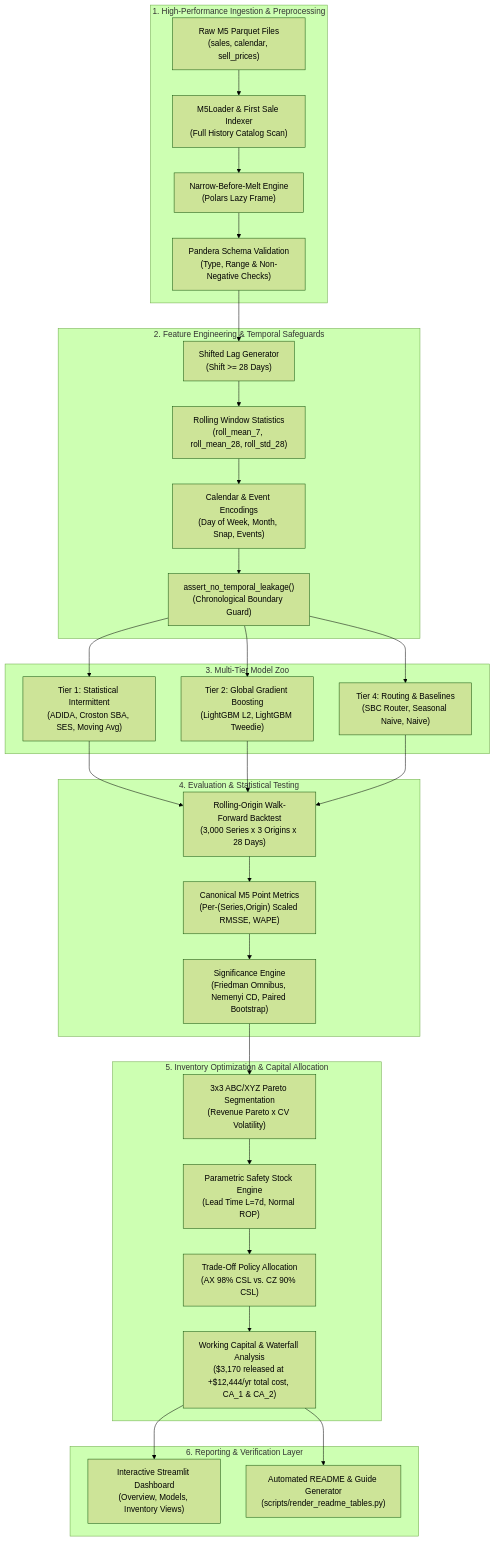
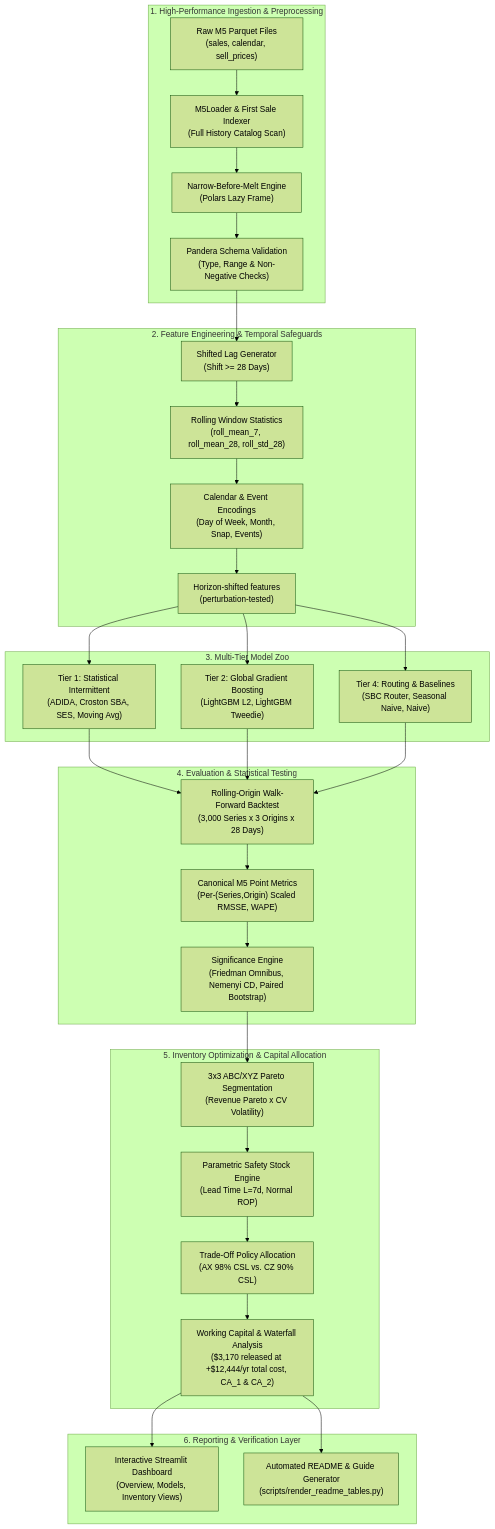
The diagram in docs/guide/02_ARCHITECTURE.md (Jenish1706/Hierarchical_Retail_Demand_Forecasting), drawn with Mermaid (forest theme) before and after one commit. The commit also changed other lines of this file and 18 other files, not shown here.

````diff
--- a/docs/guide/02_ARCHITECTURE.md
+++ b/docs/guide/02_ARCHITECTURE.md
@@ -9,39 +9,39 @@
 ```mermaid
 flowchart TD
     subgraph INGESTION["1. High-Performance Ingestion & Preprocessing"]
         RAW["Raw M5 Parquet Files<br/>(sales, calendar, sell_prices)"] --> LOADER["M5Loader & First Sale Indexer<br/>(Full History Catalog Scan)"]
         LOADER --> MELT["Narrow-Before-Melt Engine<br/>(Polars Lazy Frame)"]
         MELT --> SCHEMA["Pandera Schema Validation<br/>(Type, Range & Non-Negative Checks)"]
     end
 
     subgraph FEATURES["2. Feature Engineering & Temporal Safeguards"]
         SCHEMA --> LAGS["Shifted Lag Generator<br/>(Shift >= 28 Days)"]
         LAGS --> ROLLING["Rolling Window Statistics<br/>(roll_mean_7, roll_mean_28, roll_std_28)"]
         ROLLING --> CAL["Calendar & Event Encodings<br/>(Day of Week, Month, Snap, Events)"]
-        CAL --> LEAK_CHECK["assert_no_temporal_leakage()<br/>(Chronological Boundary Guard)"]
+        CAL --> LEAK_CHECK["Horizon-shifted features<br/>(perturbation-tested)"]
     end
 
     subgraph FORECASTING["3. Multi-Tier Model Zoo"]
         LEAK_CHECK --> T1["Tier 1: Statistical Intermittent<br/>(ADIDA, Croston SBA, SES, Moving Avg)"]
         LEAK_CHECK --> T2["Tier 2: Global Gradient Boosting<br/>(LightGBM L2, LightGBM Tweedie)"]
         LEAK_CHECK --> T4["Tier 4: Routing & Baselines<br/>(SBC Router, Seasonal Naive, Naive)"]
     end
 
     subgraph BACKTEST["4. Evaluation & Statistical Testing"]
         T1 & T2 & T4 --> WF["Rolling-Origin Walk-Forward Backtest<br/>(3,000 Series x 3 Origins x 28 Days)"]
         WF --> METRICS["Canonical M5 Point Metrics<br/>(Per-(Series,Origin) Scaled RMSSE, WAPE)"]
         METRICS --> SIG["Significance Engine<br/>(Friedman Omnibus, Nemenyi CD, Paired Bootstrap)"]
     end
 
     subgraph OPERATIONS["5. Inventory Optimization & Capital Allocation"]
         SIG --> ABC_XYZ["3x3 ABC/XYZ Pareto Segmentation<br/>(Revenue Pareto x CV Volatility)"]
         ABC_XYZ --> SAFETY["Parametric Safety Stock Engine<br/>(Lead Time L=7d, Normal ROP)"]
         SAFETY --> SCENARIO["Trade-Off Policy Allocation<br/>(AX 98% CSL vs. CZ 90% CSL)"]
         SCENARIO --> CAP_REPORT["Working Capital & Waterfall Analysis<br/>($3,170 released at +$12,444/yr total cost, CA_1 & CA_2)"]
     end
 
     subgraph PRESENTATION["6. Reporting & Verification Layer"]
         CAP_REPORT --> DASH["Interactive Streamlit Dashboard<br/>(Overview, Models, Inventory Views)"]
         CAP_REPORT --> MD_GEN["Automated README & Guide Generator<br/>(scripts/render_readme_tables.py)"]
     end
 ```
````
